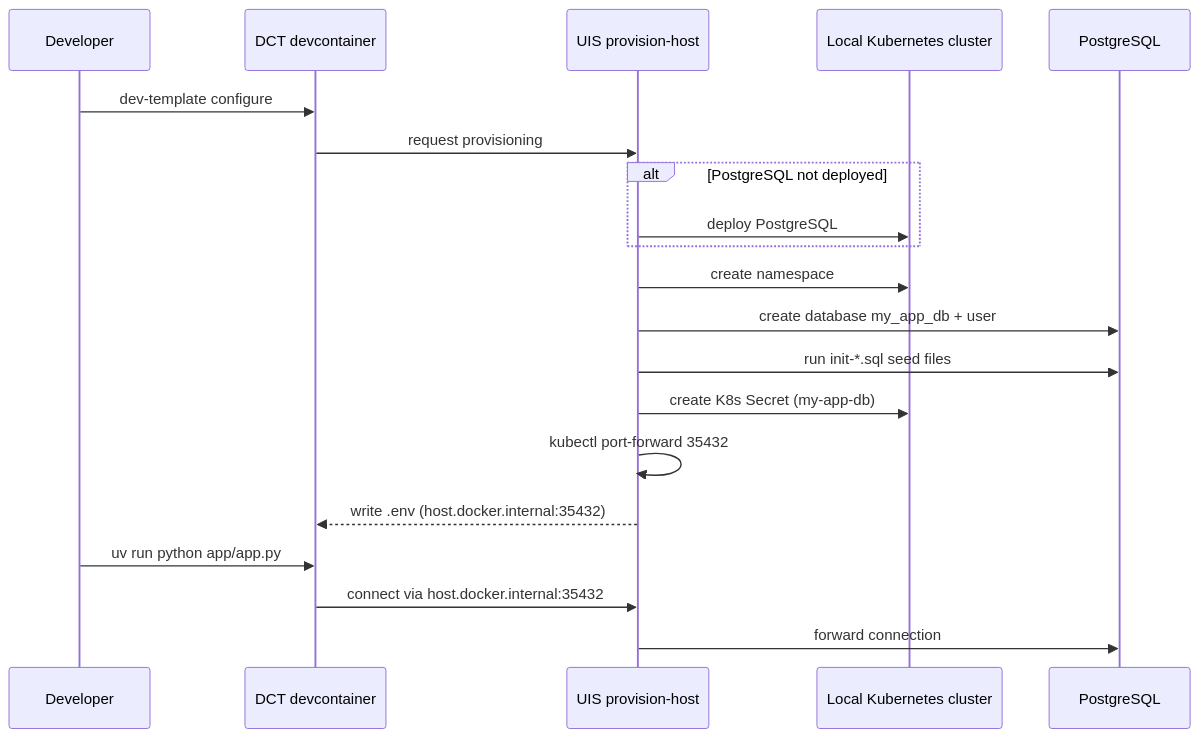
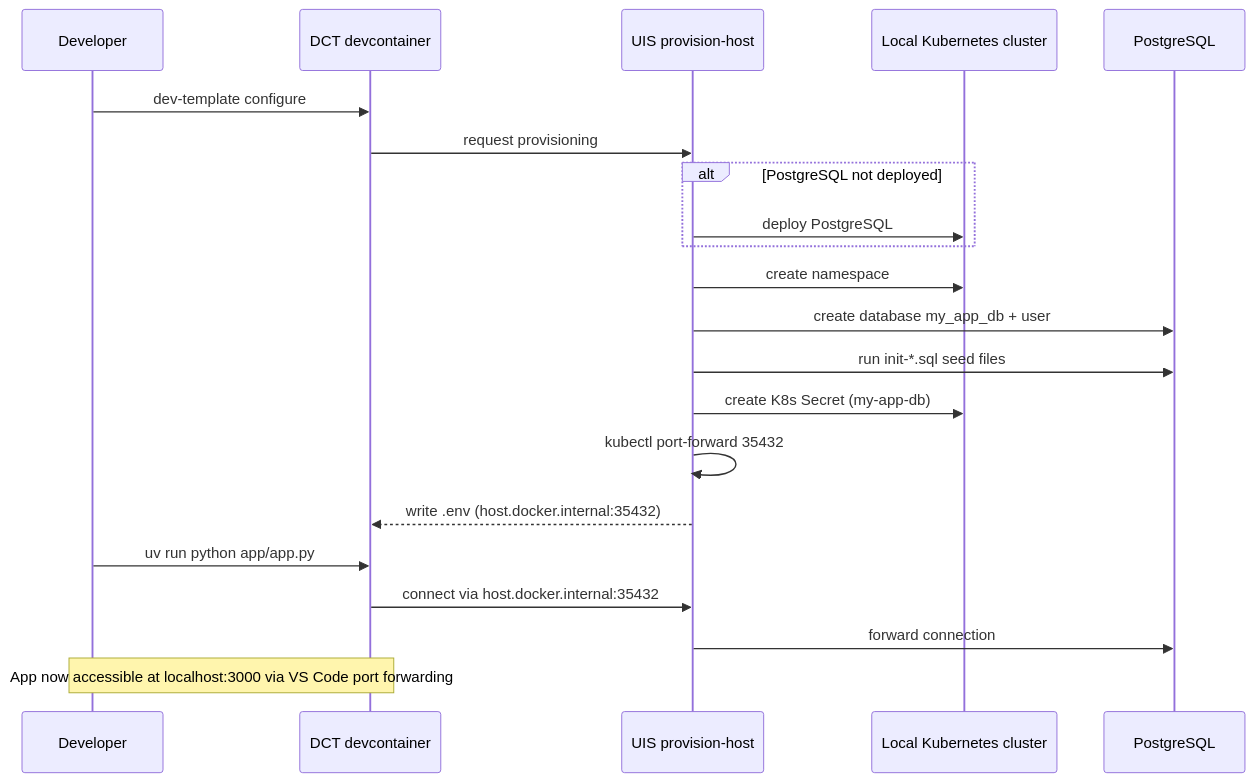
One commit to helpers-no/dev-templates changed the second of 4 diagrams in website/docs/templates/basic-web-server-database/python-basic-webserver-database.mdx. Above: the diagram before and after it, drawn with Mermaid. The commit also changed other lines of this file and 18 other files, not shown here.

First line of the commit message:
Architecture diagram v2: two-diagram split (local dev + deploy)

````diff
--- a/website/docs/templates/basic-web-server-database/python-basic-webserver-database.mdx
+++ b/website/docs/templates/basic-web-server-database/python-basic-webserver-database.mdx
@@ -96,22 +88,23 @@
 ```mermaid
 sequenceDiagram
     participant Dev as Developer
     participant DCT as DCT devcontainer
     participant UIS as UIS provision-host
     participant K8s as Local Kubernetes cluster
     participant DB as PostgreSQL
     Dev->>DCT: dev-template configure
     DCT->>UIS: request provisioning
     alt PostgreSQL not deployed
         UIS->>K8s: deploy PostgreSQL
     end
     UIS->>K8s: create namespace
     UIS->>DB: create database my_app_db + user
     UIS->>DB: run init-*.sql seed files
     UIS->>K8s: create K8s Secret (my-app-db)
     UIS->>UIS: kubectl port-forward 35432
     UIS-->>DCT: write .env (host.docker.internal:35432)
     Dev->>DCT: uv run python app/app.py
     DCT->>UIS: connect via host.docker.internal:35432
     UIS->>DB: forward connection
+    Note over Dev,DCT: App now accessible at localhost:3000 via VS Code port forwarding
 ```
````
